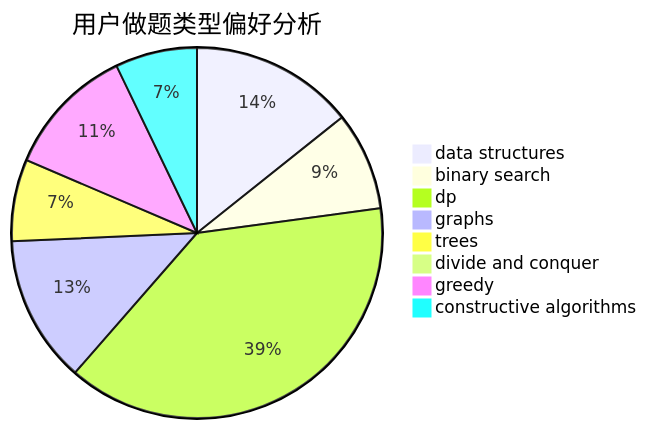
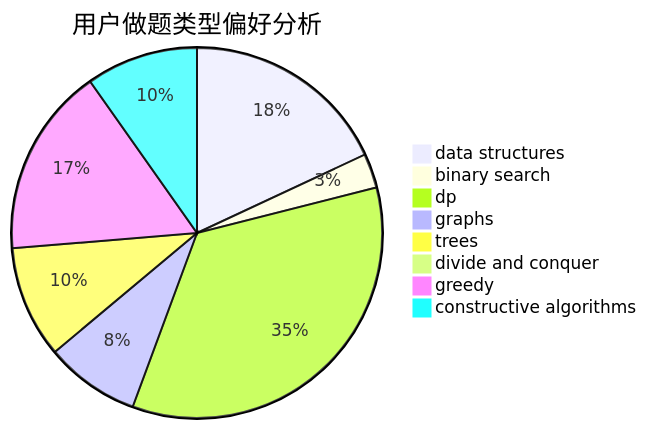
The second of 3 diagrams in docs/user/u965.md (sherpahu/cfrs.github.io), drawn with Mermaid before and after one commit. The commit also changed other lines of this file and 2770 other files, not shown here.

````diff
--- a/docs/user/u965.md
+++ b/docs/user/u965.md
@@ -23,11 +23,11 @@
 ```mermaid
 pie title 用户做题类型偏好分析
-    "data structures" :  10
-    "binary search" :  6
-    "dp" :  27
-    "graphs" :  9
-    "trees" :  5
+    "data structures" :  24
+    "binary search" :  4
+    "dp" :  46
+    "graphs" :  11
+    "trees" :  13
     "divide and conquer" :  0
-    "greedy" :  8
-    "constructive algorithms" :  5
+    "greedy" :  22
+    "constructive algorithms" :  13
 ```
````
